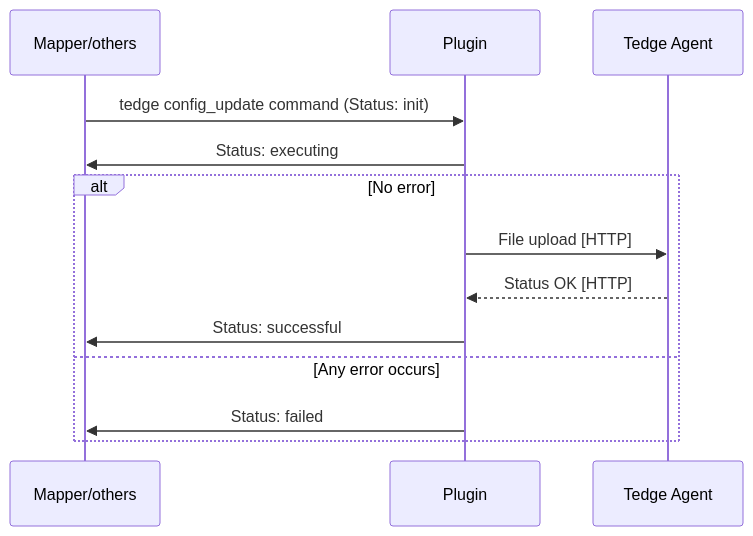
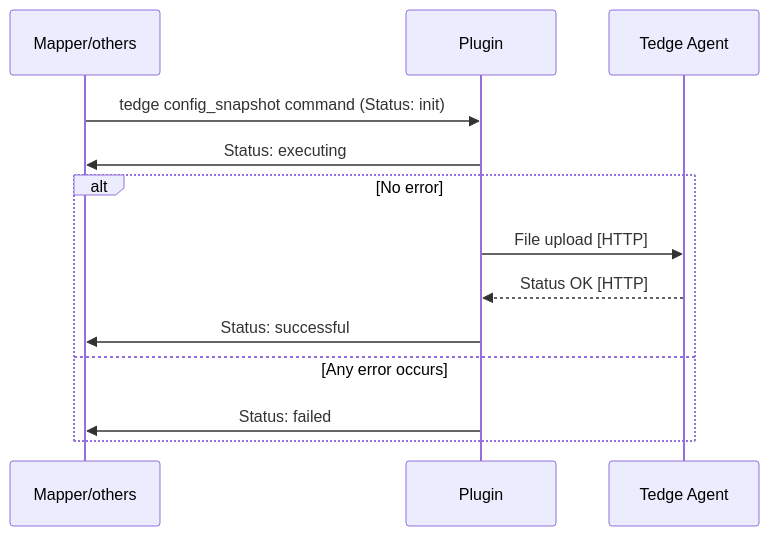
The first of 2 diagrams in docs/src/references/tedge-configuration-management.md (thin-edge/thin-edge.io), drawn with Mermaid before and after one commit. The commit also changed other lines of this file, not shown here.

````diff
--- a/docs/src/references/tedge-configuration-management.md
+++ b/docs/src/references/tedge-configuration-management.md
@@ -200,16 +202,16 @@
 ```mermaid
 sequenceDiagram
   participant Mapper/others
   participant Plugin
   participant Tedge Agent
 
-  Mapper/others->>Plugin: tedge config_update command (Status: init)
+  Mapper/others->>Plugin: tedge config_snapshot command (Status: init)
   Plugin->>Mapper/others: Status: executing
   alt No error
     Plugin->>Tedge Agent: File upload [HTTP]
     Tedge Agent-->> Plugin: Status OK [HTTP]
     Plugin->>Mapper/others: Status: successful
   else Any error occurs
     Plugin->>Mapper/others: Status: failed
   end
 ```
````
